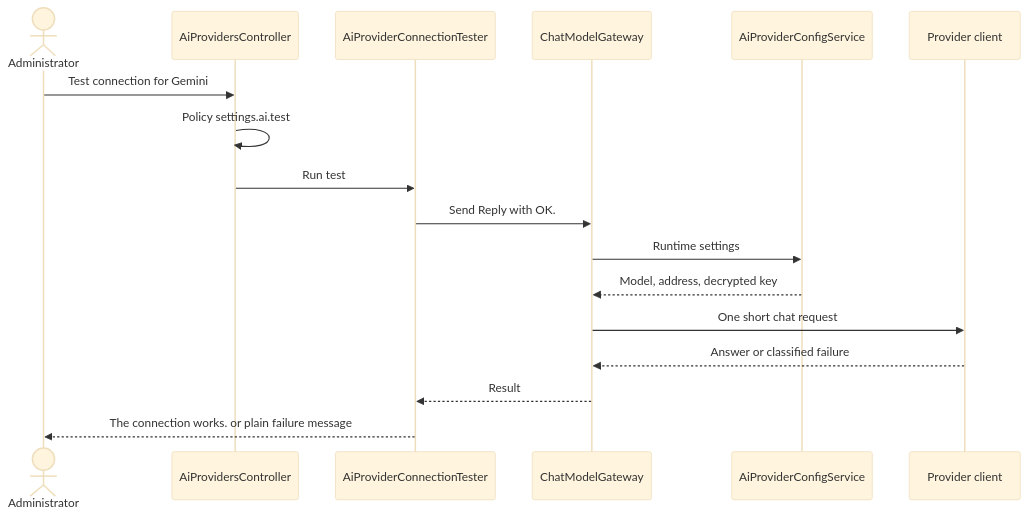
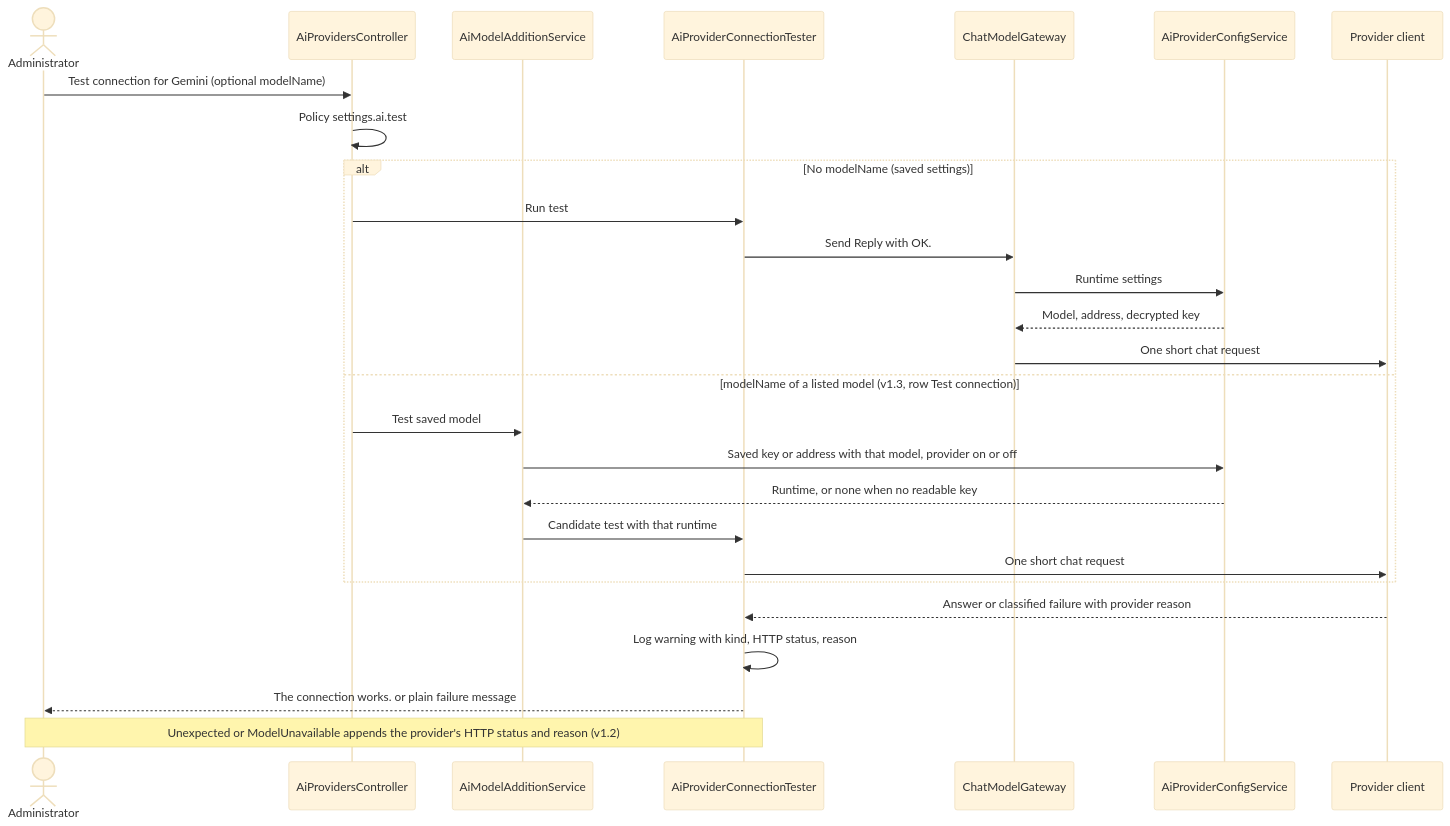
Before and after one commit to jojogeorge3344/TaskFlow-Project: the sixth of 8 diagrams in TF - Documents/TF - HLD/06-Settings/06.3-TFA-Settings/HLD-TFA-Settings.md, drawn with Mermaid (base theme). The commit also changed other lines of this file and 103 other files, not shown here.

````diff
--- a/TF - Documents/TF - HLD/06-Settings/06.3-TFA-Settings/HLD-TFA-Settings.md
+++ b/TF - Documents/TF - HLD/06-Settings/06.3-TFA-Settings/HLD-TFA-Settings.md
@@ -306,19 +341,29 @@
 ```mermaid
 sequenceDiagram
   actor A as Administrator
   participant API as AiProvidersController
+  participant M as AiModelAdditionService
   participant T as AiProviderConnectionTester
   participant G as ChatModelGateway
   participant CFG as AiProviderConfigService
   participant P as Provider client
-  A->>API: Test connection for Gemini
+  A->>API: Test connection for Gemini (optional modelName)
   API->>API: Policy settings.ai.test
-  API->>T: Run test
-  T->>G: Send Reply with OK.
-  G->>CFG: Runtime settings
-  CFG-->>G: Model, address, decrypted key
-  G->>P: One short chat request
-  P-->>G: Answer or classified failure
-  G-->>T: Result
+  alt No modelName (saved settings)
+    API->>T: Run test
+    T->>G: Send Reply with OK.
+    G->>CFG: Runtime settings
+    CFG-->>G: Model, address, decrypted key
+    G->>P: One short chat request
+  else modelName of a listed model (v1.3, row Test connection)
+    API->>M: Test saved model
+    M->>CFG: Saved key or address with that model, provider on or off
+    CFG-->>M: Runtime, or none when no readable key
+    M->>T: Candidate test with that runtime
+    T->>P: One short chat request
+  end
+  P-->>T: Answer or classified failure with provider reason
+  T->>T: Log warning with kind, HTTP status, reason
   T-->>A: The connection works. or plain failure message
+  Note over T,A: Unexpected or ModelUnavailable appends the provider's HTTP status and reason (v1.2)
 ```
````
